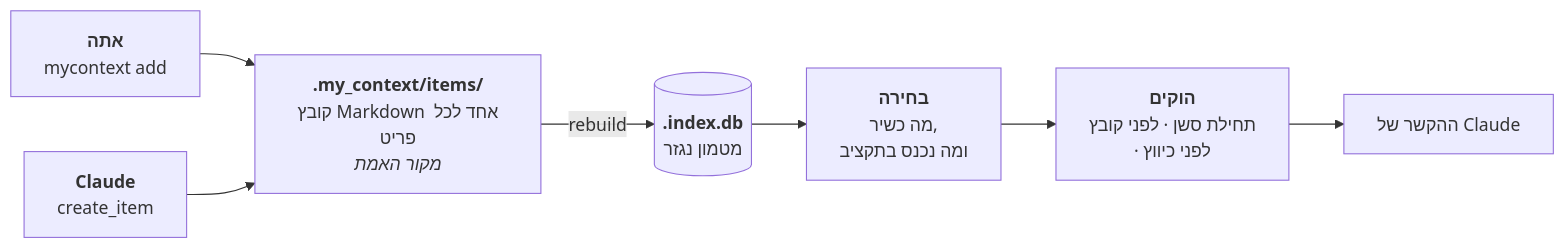
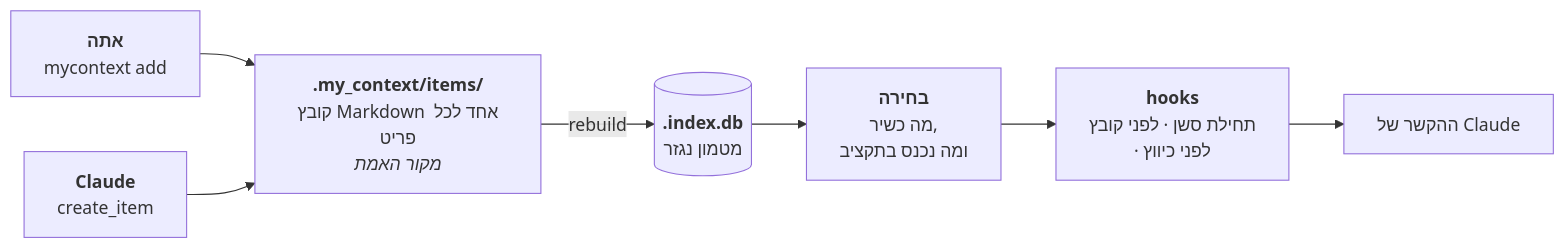
Before and after one commit to Dudi-Bar-On/my-context: the second of 5 diagrams in docs/README.he.md, drawn with Mermaid. The commit also changed other lines of this file, not shown here.

````diff
--- a/docs/README.he.md
+++ b/docs/README.he.md
@@ -207,9 +219,9 @@
 ```mermaid
 flowchart LR
   Y["<b>אתה</b><br/>mycontext add"] --> MD
   M["<b>Claude</b><br/>create_item"] --> MD["<b>.my_context/items/</b><br/>קובץ Markdown אחד לכל פריט<br/><i>מקור האמת</i>"]
   MD -->|"rebuild"| DB[("<b>.index.db</b><br/>מטמון נגזר")]
   DB --> SEL["<b>בחירה</b><br/>מה כשיר,<br/>ומה נכנס בתקציב"]
-  SEL --> HK["<b>הוקים</b><br/>תחילת סשן · לפני קובץ<br/>· לפני כיווץ"]
+  SEL --> HK["<b>hooks</b><br/>תחילת סשן · לפני קובץ<br/>· לפני כיווץ"]
   HK --> CX["ההקשר של Claude"]
 ```
````
